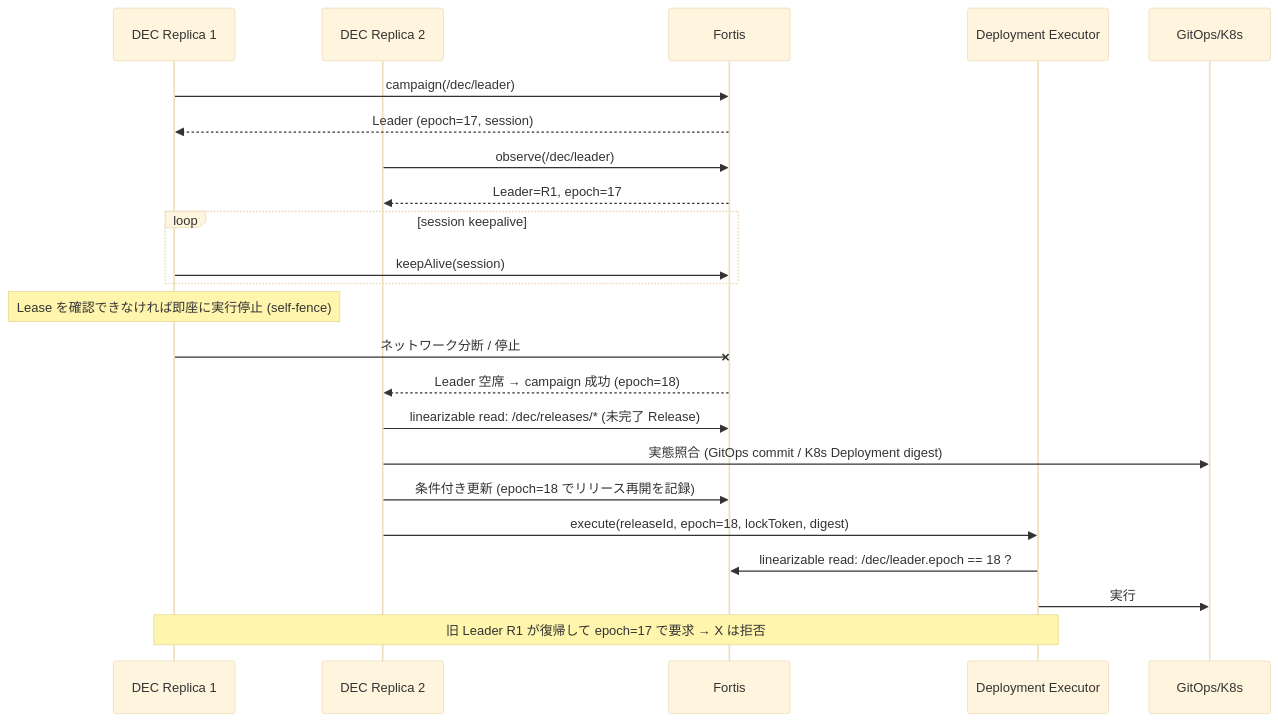
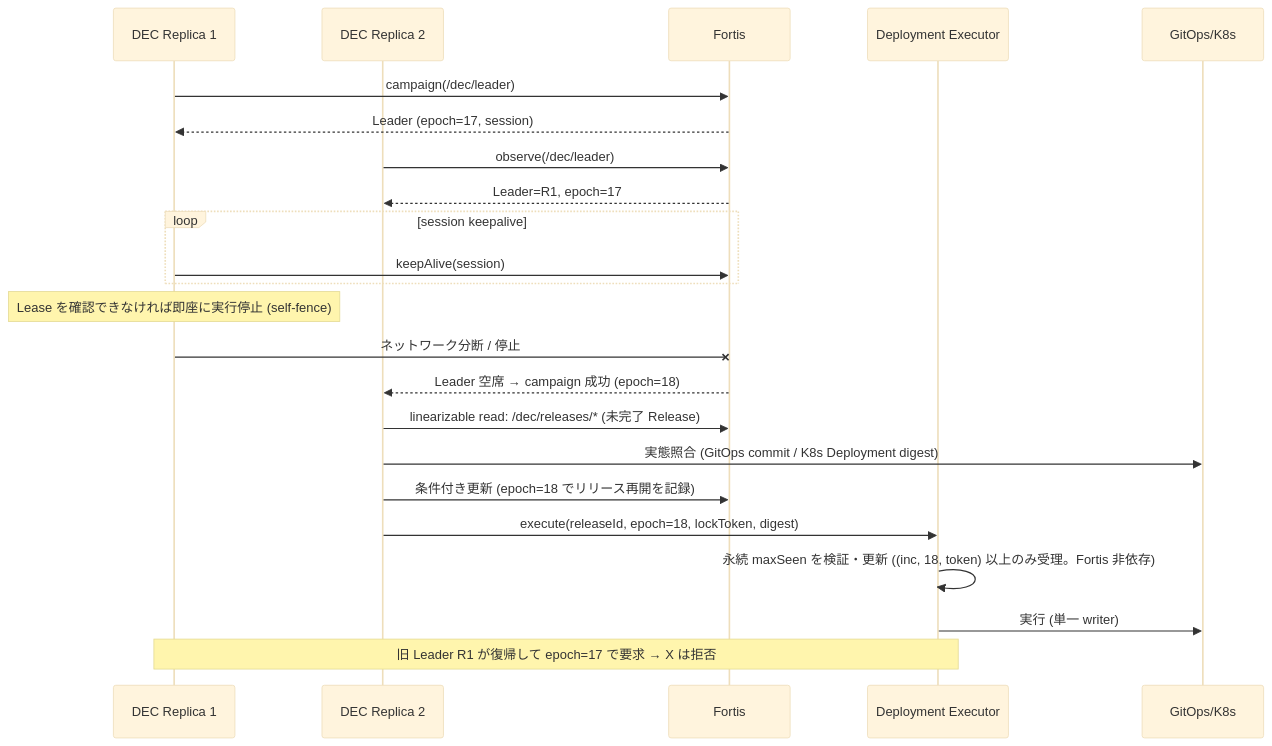
Before and after one commit to kigawa-net/kivra: the third of 6 diagrams in docs/design/08-dual-evolution-controller.md, drawn with Mermaid (base theme). The commit also changed other lines of this file, not shown here.

````diff
--- a/docs/design/08-dual-evolution-controller.md
+++ b/docs/design/08-dual-evolution-controller.md
@@ -303,26 +306,26 @@
 ```mermaid
 sequenceDiagram
   participant R1 as DEC Replica 1
   participant R2 as DEC Replica 2
   participant F as Fortis
   participant X as Deployment Executor
   participant G as GitOps/K8s
 
   R1->>F: campaign(/dec/leader)
   F-->>R1: Leader (epoch=17, session)
   R2->>F: observe(/dec/leader)
   F-->>R2: Leader=R1, epoch=17
   loop session keepalive
     R1->>F: keepAlive(session)
   end
   Note over R1: Lease を確認できなければ即座に実行停止 (self-fence)
   R1-xF: ネットワーク分断 / 停止
   F-->>R2: Leader 空席 → campaign 成功 (epoch=18)
   R2->>F: linearizable read: /dec/releases/* (未完了 Release)
   R2->>G: 実態照合 (GitOps commit / K8s Deployment digest)
   R2->>F: 条件付き更新 (epoch=18 でリリース再開を記録)
   R2->>X: execute(releaseId, epoch=18, lockToken, digest)
-  X->>F: linearizable read: /dec/leader.epoch == 18 ?
-  X->>G: 実行
+  X->>X: 永続 maxSeen を検証・更新 ((inc, 18, token) 以上のみ受理。Fortis 非依存)
+  X->>G: 実行 (単一 writer)
   Note over R1,X: 旧 Leader R1 が復帰して epoch=17 で要求 → X は拒否
 ```
````
